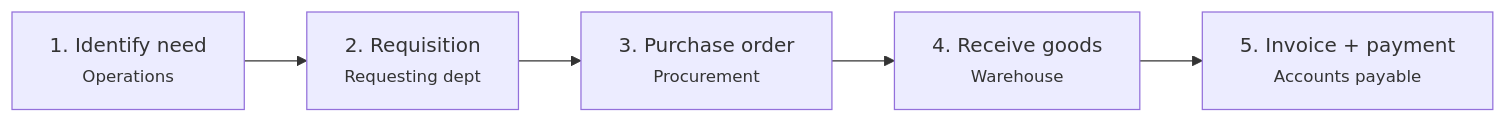
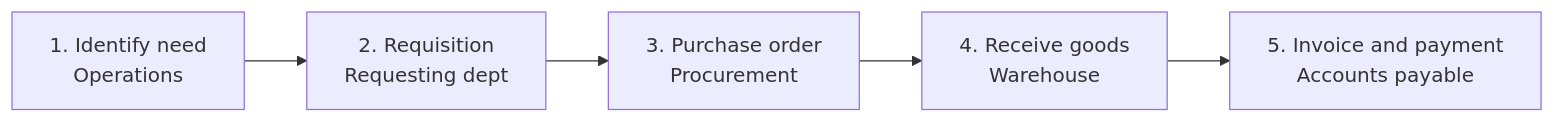
Before and after one commit to sazad-here/intelligent-enterprise-systems: the diagram in 04-erp-procurement-research/README.md, drawn with Mermaid. The commit also changed 6 other files, not shown here.

First line of the commit message:
Fix reproducibility, mermaid rendering, and a CO allocation error

````diff
--- a/04-erp-procurement-research/README.md
+++ b/04-erp-procurement-research/README.md
@@ -35,7 +35,7 @@
 ```mermaid
 flowchart LR
-    A["1. Identify need<br/><small>Operations</small>"] --> B["2. Requisition<br/><small>Requesting dept</small>"]
-    B --> C["3. Purchase order<br/><small>Procurement</small>"]
-    C --> D["4. Receive goods<br/><small>Warehouse</small>"]
-    D --> E["5. Invoice + payment<br/><small>Accounts payable</small>"]
+    A["1. Identify need<br/>Operations"] --> B["2. Requisition<br/>Requesting dept"]
+    B --> C["3. Purchase order<br/>Procurement"]
+    C --> D["4. Receive goods<br/>Warehouse"]
+    D --> E["5. Invoice and payment<br/>Accounts payable"]
 ```
````
